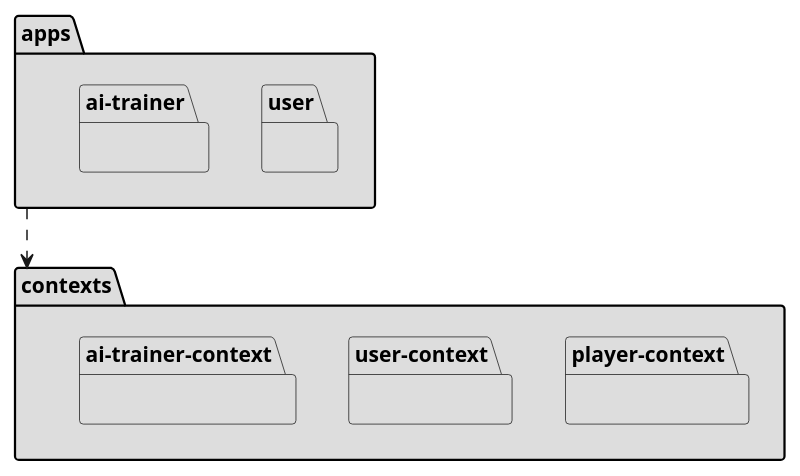
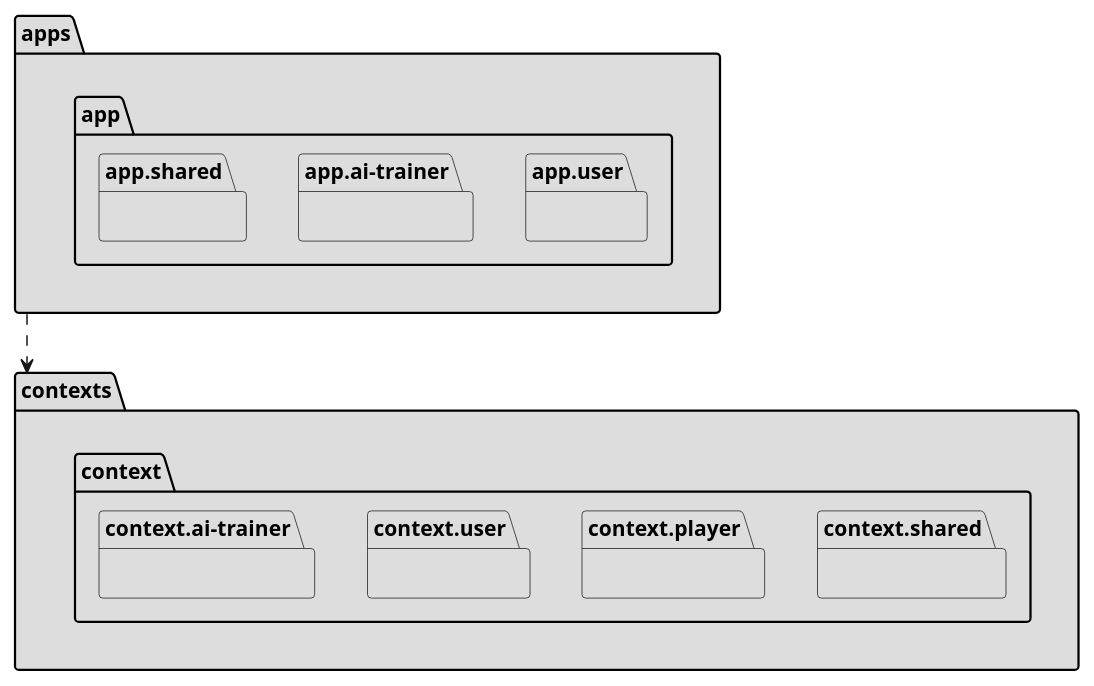
The first of 2 diagrams in docs/src/analysis/architecture-packages_hex.plantuml (Master-Desarrollo-20-21/patrones-diseno---practica-final---juego-de-las-damas-fraylopez), drawn with PlantUML before and after one commit. The commit also changed other lines of this file and 1 other file, not shown here.

Commit message:
modify hex arch diagrams

```diff
--- a/docs/src/analysis/architecture-packages_hex.plantuml
+++ b/docs/src/analysis/architecture-packages_hex.plantuml
@@ -1,14 +1,16 @@
 @startuml ArchitecturePackages
 package apps #DDDDDD {
-  package user #DDDDDD { }
-  package ai-trainer #DDDDDD { }
+  package app.user #DDDDDD { }
+  package app.ai-trainer #DDDDDD { }
+  package app.shared #DDDDDD { }
 }
 
 package contexts #DDDDDD {
-  package player-context #DDDDDD {  }
-  package user-context #DDDDDD {  }
-  package ai-trainer-context #DDDDDD {  }
+  package context.shared #DDDDDD {  }
+  package context.player #DDDDDD {  }
+  package context.user #DDDDDD {  }
+  package context.ai-trainer #DDDDDD {  }
 }
 apps ..> contexts
 
 @enduml
```
